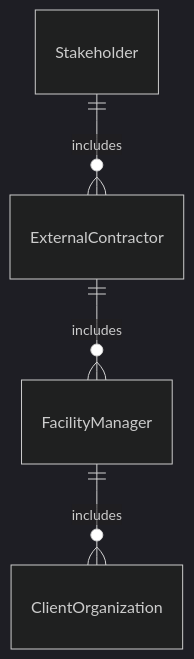
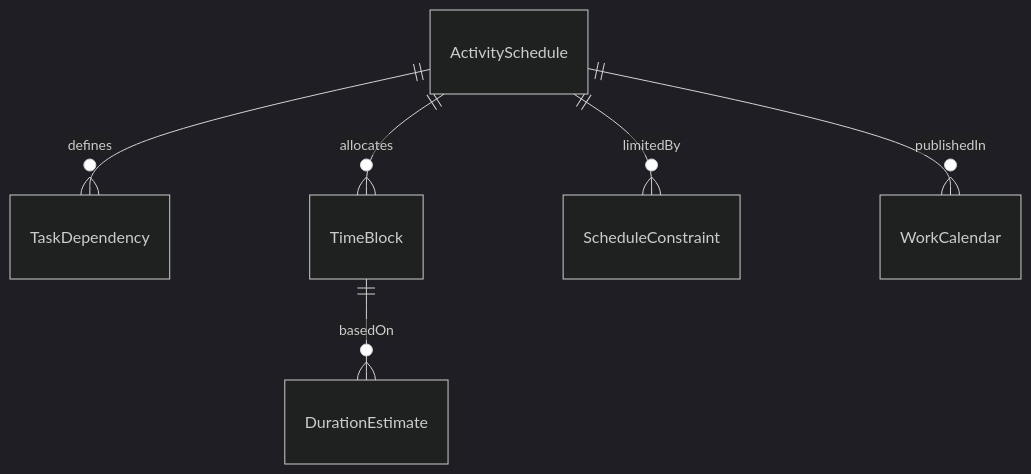
The first of 4 diagrams in GuidingDirectingAndMotivatingSubordinates/AssignWorkToOthers/PrepareActivityWorkSchedules.mdx (dot-org-ai/tasks.org.ai), drawn with Mermaid (dark theme) before and after one commit. The commit also changed other lines of this file and 515 other files, not shown here.

````diff
--- a/GuidingDirectingAndMotivatingSubordinates/AssignWorkToOthers/PrepareActivityWorkSchedules.mdx
+++ b/GuidingDirectingAndMotivatingSubordinates/AssignWorkToOthers/PrepareActivityWorkSchedules.mdx
@@ -86,6 +86,8 @@
 ```mermaid
 erDiagram
-    Stakeholder ||--o{ ExternalContractor : includes
-    ExternalContractor ||--o{ FacilityManager : includes
-    FacilityManager ||--o{ ClientOrganization : includes
+    ActivitySchedule ||--o{ TaskDependency : defines
+    ActivitySchedule ||--o{ TimeBlock : allocates
+    TimeBlock ||--o{ DurationEstimate : basedOn
+    ActivitySchedule ||--o{ ScheduleConstraint : limitedBy
+    ActivitySchedule ||--o{ WorkCalendar : publishedIn
 ```
````
